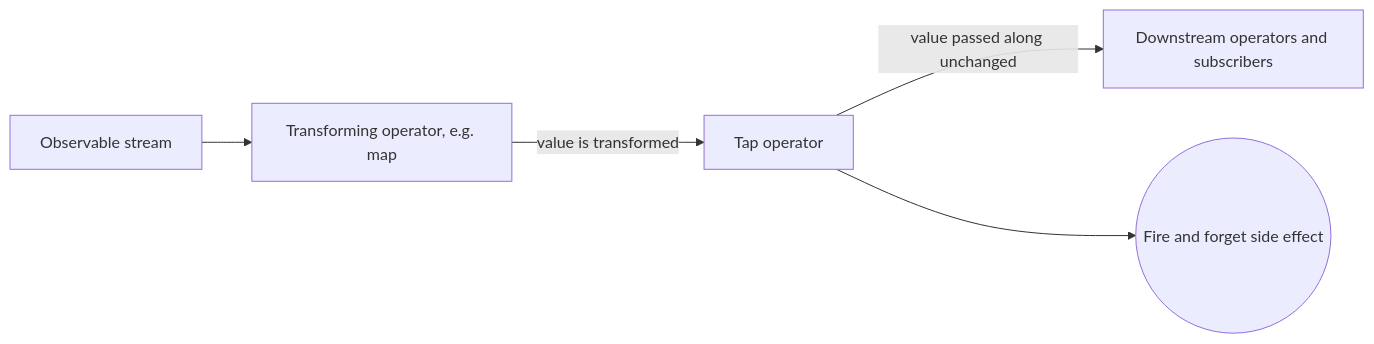
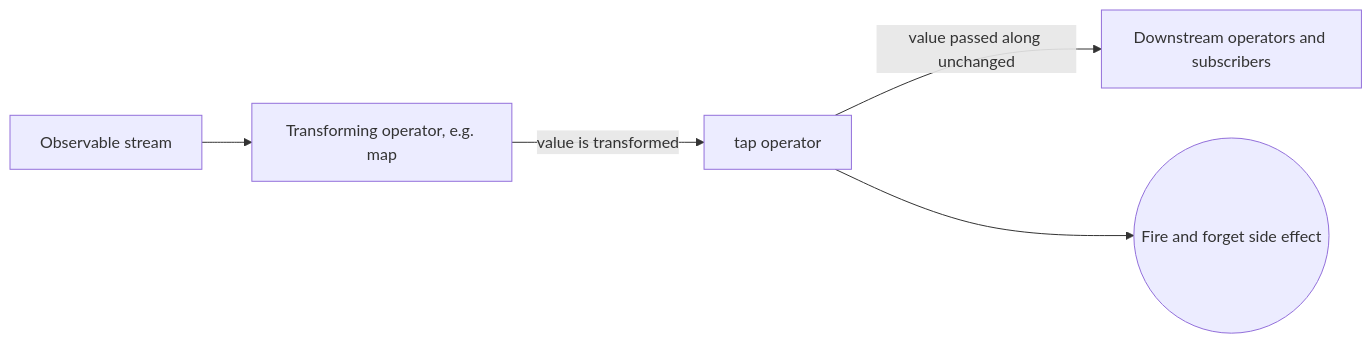
The diagram in apps/slides/slides/auto-refresh.md (nearform/angular-patterns-workshop), drawn with Mermaid before and after one commit. The commit also changed other lines of this file and 15 other files, not shown here.

````diff
--- a/apps/slides/slides/auto-refresh.md
+++ b/apps/slides/slides/auto-refresh.md
@@ -9,11 +9,11 @@
 ```mermaid
 flowchart LR
   obs[Observable stream]
   opTransform[Transforming operator, e.g. map]
-  opTap[Tap operator]
+  opTap[tap operator]
   downstream[Downstream operators and subscribers]
   sideEffect((Fire and forget side effect))
     obs --> opTransform -- value is transformed --> opTap -- value passed along unchanged --> downstream
     opTap --> sideEffect
-    
+
 ```
````
